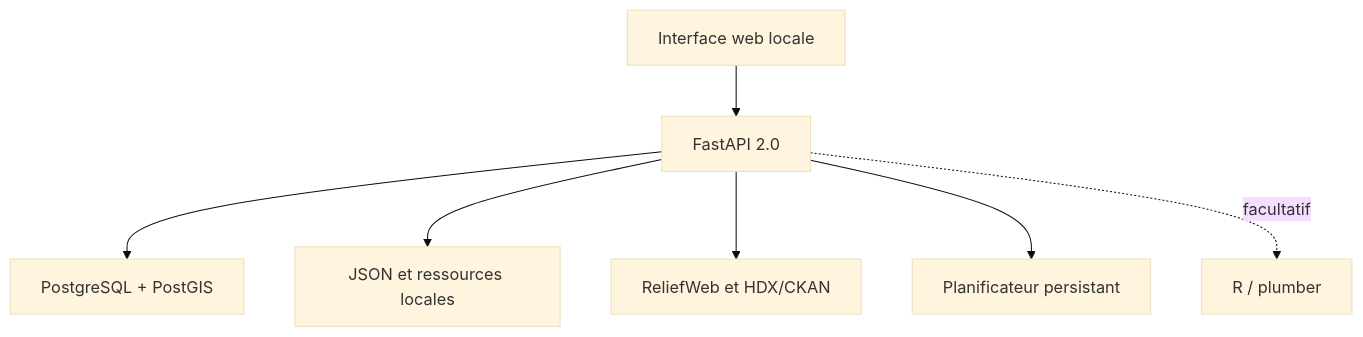
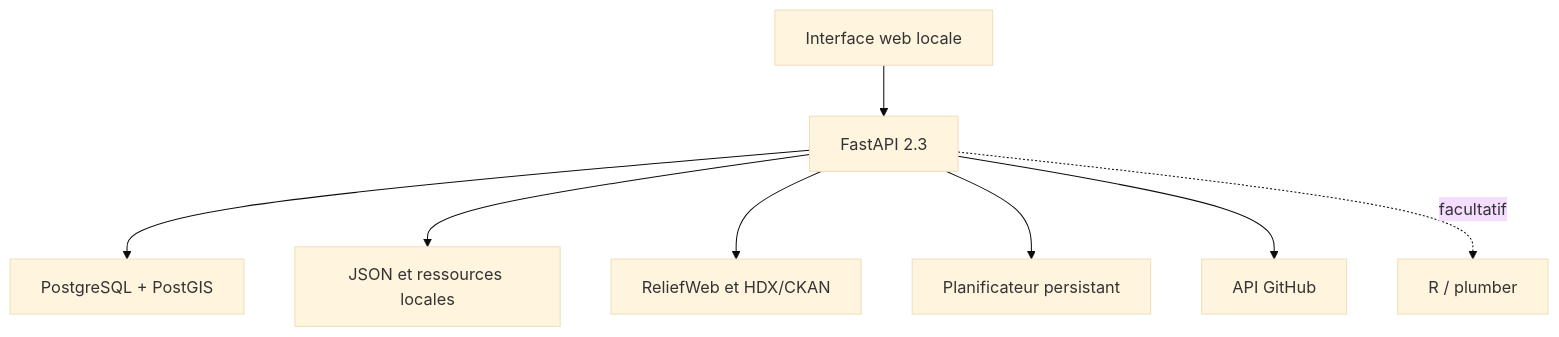
Before and after one commit to B-DAUTRIF/humanitarian-data-platform: the diagram in docs/ARCHITECTURE.md, drawn with Mermaid (base theme). The commit also changed other lines of this file and 37 other files, not shown here.

Commit message:
feat: deliver project GitHub and HDX geodata v2.3

````diff
--- a/docs/ARCHITECTURE.md
+++ b/docs/ARCHITECTURE.md
@@ -5,9 +5,10 @@
 ```mermaid
 flowchart TD
-    U["Interface web locale"] --> A["FastAPI 2.0"]
+    U["Interface web locale"] --> A["FastAPI 2.3"]
     A --> P["PostgreSQL + PostGIS"]
     A --> F["JSON et ressources locales"]
     A --> X["ReliefWeb et HDX/CKAN"]
     A --> S["Planificateur persistant"]
+    A --> G["API GitHub"]
     A -. facultatif .-> R["R / plumber"]
 ```
````
